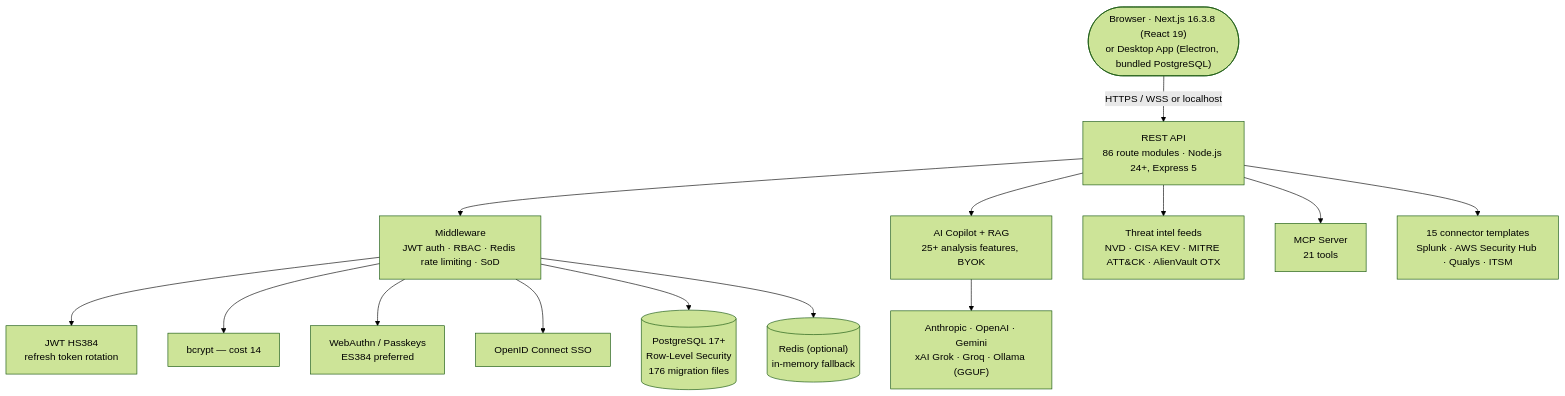
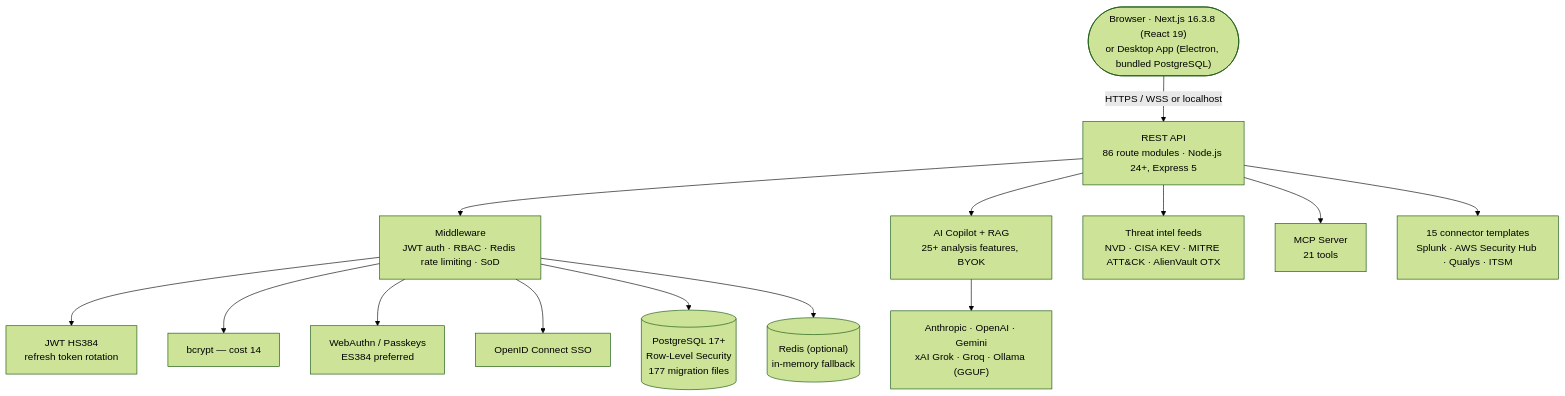
Before and after one commit to sherifconteh-collab/ai-grc-platform: the diagram in README.md, drawn with Mermaid (forest theme). The commit also changed other lines of this file and 2 other files, not shown here.

````diff
--- a/README.md
+++ b/README.md
@@ -706,31 +719,31 @@
 ```mermaid
 graph TD
     Client(["Browser · Next.js 16.3.8 (React 19)<br/>or Desktop App (Electron, bundled PostgreSQL)"])
     API["REST API<br/>86 route modules · Node.js 24+, Express 5"]
     MW["Middleware<br/>JWT auth · RBAC · Redis rate limiting · SoD"]
     JWTNode["JWT HS384<br/>refresh token rotation"]
     Bcrypt["bcrypt — cost 14"]
     WebAuthn["WebAuthn / Passkeys<br/>ES384 preferred"]
     OIDC["OpenID Connect SSO"]
-    DB[("PostgreSQL 17+<br/>Row-Level Security<br/>176 migration files")]
+    DB[("PostgreSQL 17+<br/>Row-Level Security<br/>177 migration files")]
     Cache[("Redis (optional)<br/>in-memory fallback")]
     Copilot["AI Copilot + RAG<br/>25+ analysis features, BYOK"]
     Providers["Anthropic · OpenAI · Gemini<br/>xAI Grok · Groq · Ollama (GGUF)"]
     Feeds["Threat intel feeds<br/>NVD · CISA KEV · MITRE ATT&CK · AlienVault OTX"]
     MCP["MCP Server<br/>21 tools"]
     Connectors["15 connector templates<br/>Splunk · AWS Security Hub · Qualys · ITSM"]
 
     Client -->|HTTPS / WSS or localhost| API
     API --> MW
     MW --> JWTNode
     MW --> Bcrypt
     MW --> WebAuthn
     MW --> OIDC
     MW --> DB
     MW --> Cache
     API --> Copilot
     Copilot --> Providers
     API --> Feeds
     API --> MCP
     API --> Connectors
 ```
````
